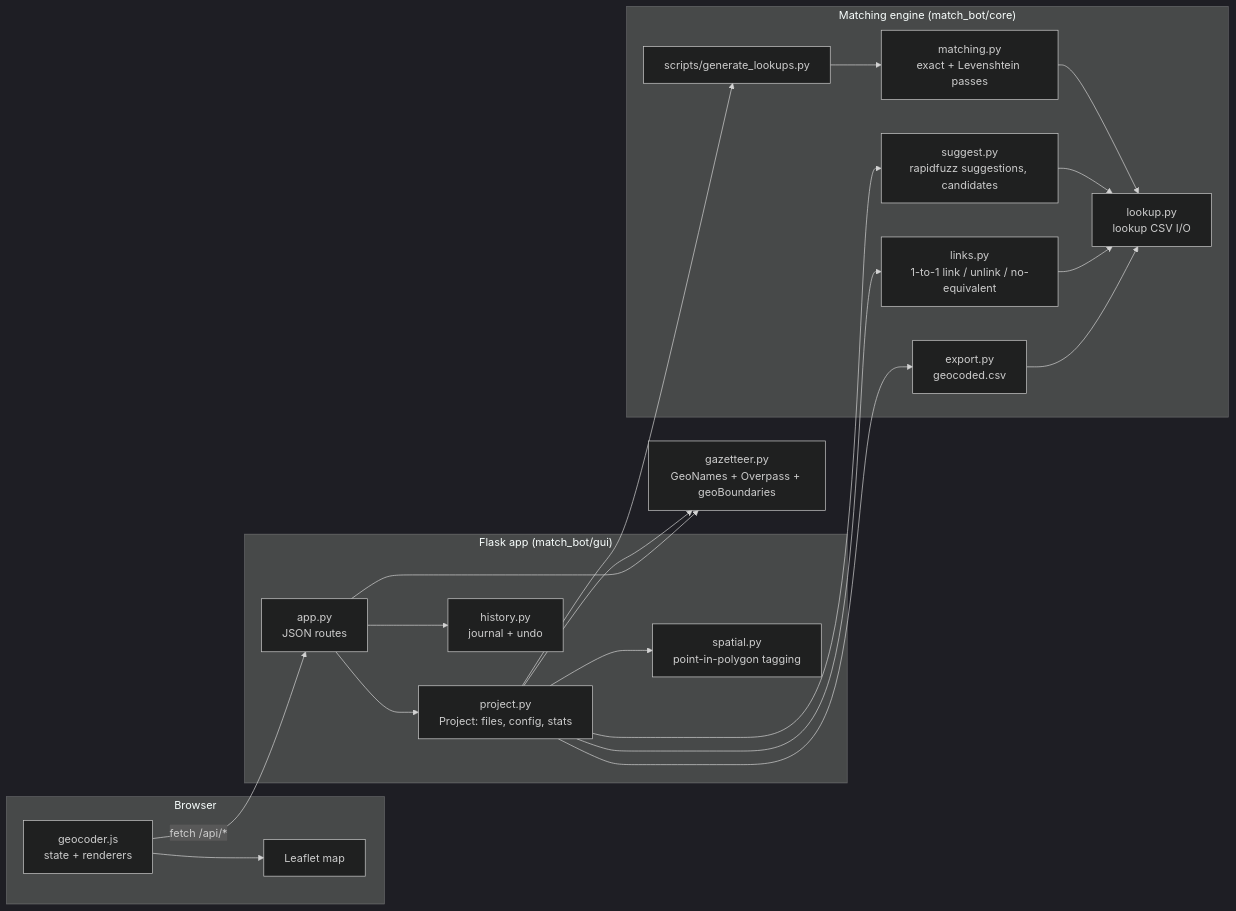
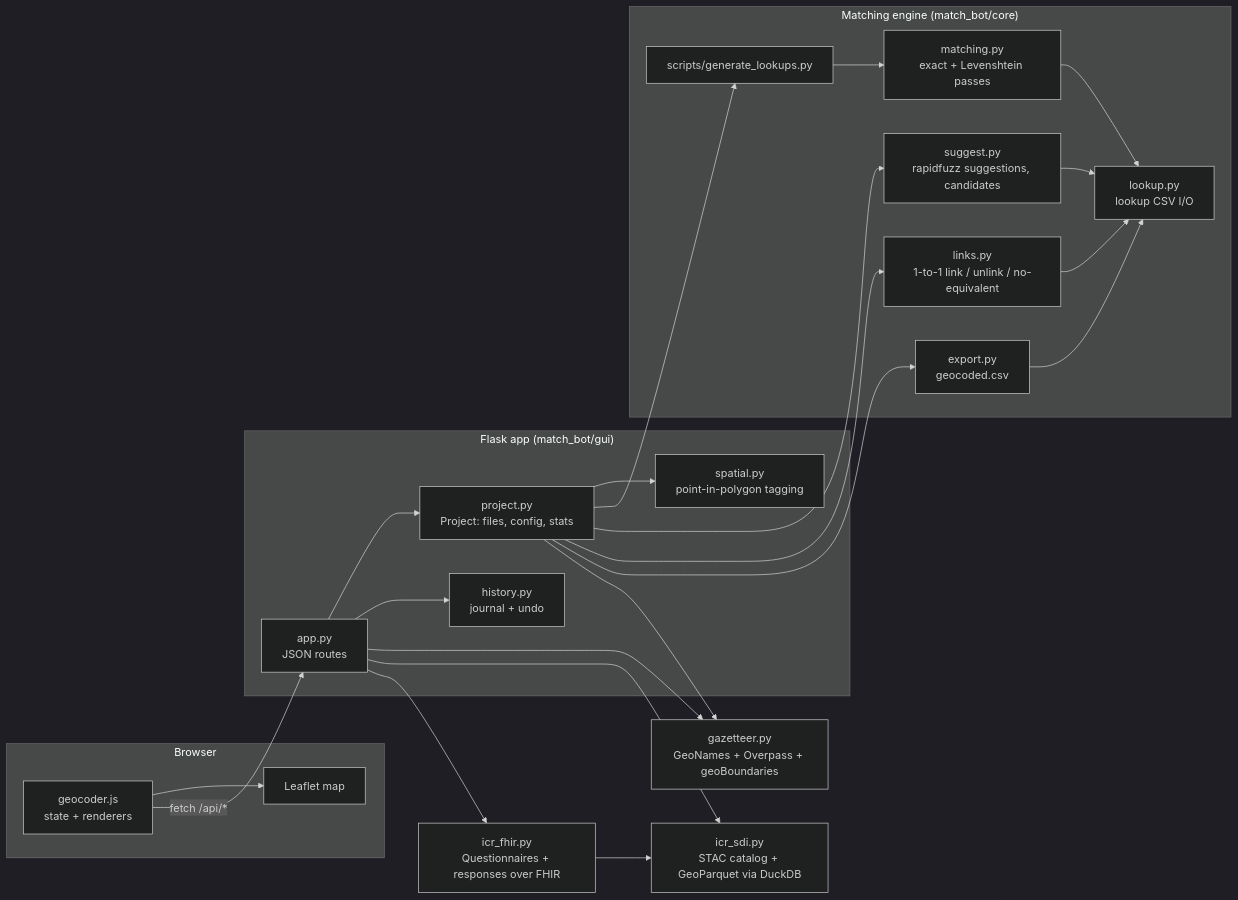
One commit to crosscutio/field-kit changed the first of 3 diagrams in match-bot/ARCHITECTURE.md. Above: the diagram before and after it, drawn with Mermaid (dark theme). The commit also changed other lines of this file and 13 other files, not shown here.

Commit message:
match-bot can now connect directly to ICR SDIs and FHIR servers

````diff
--- a/match-bot/ARCHITECTURE.md
+++ b/match-bot/ARCHITECTURE.md
@@ -24,41 +25,46 @@
 ```mermaid
 flowchart LR
   subgraph Browser
     JS[geocoder.js<br/>state + renderers]
     MAP[Leaflet map]
     JS --> MAP
   end
 
   subgraph Flask["Flask app (match_bot/gui)"]
     APP[app.py<br/>JSON routes]
     PROJ[project.py<br/>Project: files, config, stats]
     HIST[history.py<br/>journal + undo]
     SPAT[spatial.py<br/>point-in-polygon tagging]
     APP --> PROJ
     APP --> HIST
     PROJ --> SPAT
   end
 
   subgraph Engine["Matching engine (match_bot/core)"]
     PIPE[matching.py<br/>exact + Levenshtein passes]
     LOOK[lookup.py<br/>lookup CSV I/O]
     SUG[suggest.py<br/>rapidfuzz suggestions, candidates]
     LINK[links.py<br/>1-to-1 link / unlink / no-equivalent]
     EXP[export.py<br/>geocoded.csv]
     GEN[scripts/generate_lookups.py]
     GEN --> PIPE --> LOOK
     SUG --> LOOK
     LINK --> LOOK
     EXP --> LOOK
   end
 
   GAZ[gazetteer.py<br/>GeoNames + Overpass + geoBoundaries]
+  SDI[icr_sdi.py<br/>STAC catalog + GeoParquet via DuckDB]
+  FHIR[icr_fhir.py<br/>Questionnaires + responses over FHIR]
 
   JS -- fetch /api/* --> APP
   PROJ --> GEN
   PROJ --> SUG
   PROJ --> LINK
   PROJ --> EXP
   PROJ --> GAZ
   APP --> GAZ
+  APP --> SDI
+  APP --> FHIR
+  FHIR --> SDI
 ```
````
